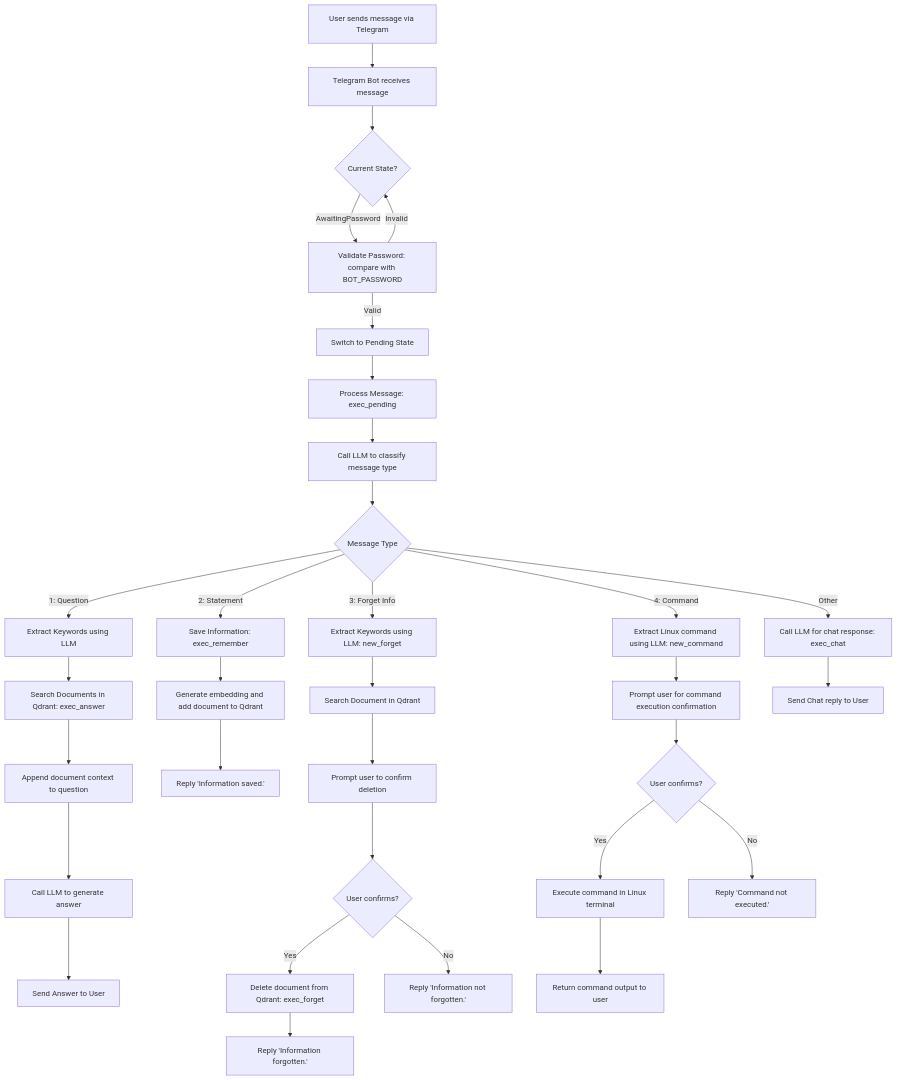
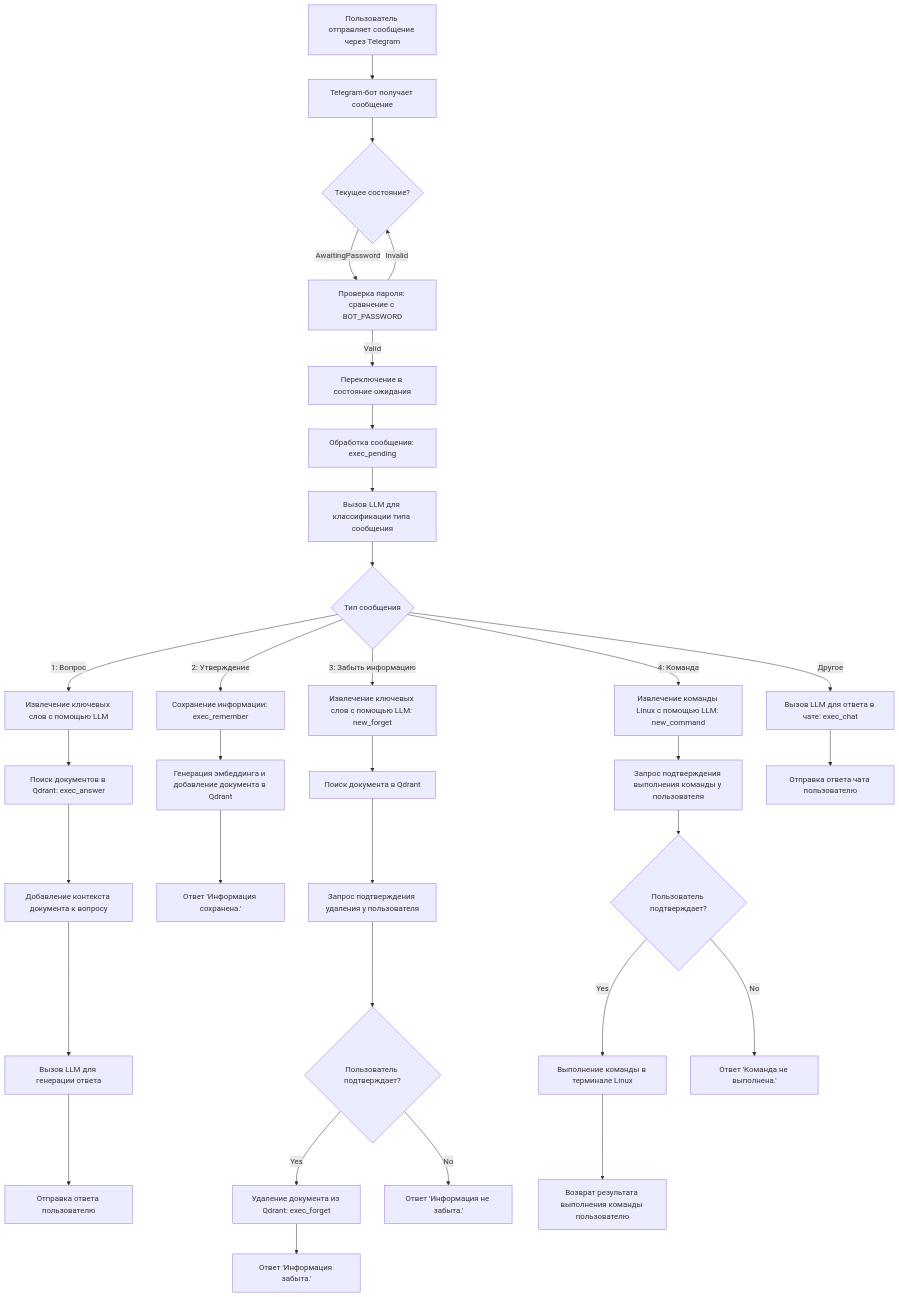
One commit to evgenyigumnov/ai-agent-telegram-bot changed the diagram in README.md. Above: the diagram before and after it, drawn with Mermaid. The commit also changed other lines of this file, not shown here.

````diff
--- a/README.md
+++ b/README.md
@@ -154,39 +152,39 @@
 ```mermaid
 flowchart TD
-    A[User sends message via Telegram] --> B[Telegram Bot receives message]
-    B --> C{Current State?}
-    C -- AwaitingPassword --> D[Validate Password: compare with BOT_PASSWORD]
-    D -- Valid --> E[Switch to Pending State]
+    A[Пользователь отправляет сообщение через Telegram] --> B[Telegram-бот получает сообщение]
+    B --> C{Текущее состояние?}
+    C -- AwaitingPassword --> D[Проверка пароля: сравнение с BOT_PASSWORD]
+    D -- Valid --> E[Переключение в состояние ожидания]
     D -- Invalid --> C
-    E --> F[Process Message: exec_pending]
-    F --> G[Call LLM to classify message type]
-    G --> H{Message Type}
+    E --> F[Обработка сообщения: exec_pending]
+    F --> G[Вызов LLM для классификации типа сообщения]
+    G --> H{Тип сообщения}
     
-    H -- "1: Question" --> I[Extract Keywords using LLM]
-    I --> J[Search Documents in Qdrant: exec_answer]
-    J --> K[Append document context to question]
-    K --> L[Call LLM to generate answer]
-    L --> M[Send Answer to User]
+    H -- "1: Вопрос" --> I[Извлечение ключевых слов с помощью LLM]
+    I --> J[Поиск документов в Qdrant: exec_answer]
+    J --> K[Добавление контекста документа к вопросу]
+    K --> L[Вызов LLM для генерации ответа]
+    L --> M[Отправка ответа пользователю]
     
-    H -- "2: Statement" --> N[Save Information: exec_remember]
-    N --> O[Generate embedding and add document to Qdrant]
-    O --> P[Reply 'Information saved.']
+    H -- "2: Утверждение" --> N[Сохранение информации: exec_remember]
+    N --> O[Генерация эмбеддинга и добавление документа в Qdrant]
+    O --> P[Ответ 'Информация сохранена.']
     
-    H -- "3: Forget Info" --> Q[Extract Keywords using LLM: new_forget]
-    Q --> R[Search Document in Qdrant]
-    R --> S[Prompt user to confirm deletion]
-    S --> T{User confirms?}
-    T -- Yes --> U[Delete document from Qdrant: exec_forget]
-    U --> V[Reply 'Information forgotten.']
-    T -- No --> W[Reply 'Information not forgotten.']
+    H -- "3: Забыть информацию" --> Q[Извлечение ключевых слов с помощью LLM: new_forget]
+    Q --> R[Поиск документа в Qdrant]
+    R --> S[Запрос подтверждения удаления у пользователя]
+    S --> T{Пользователь подтверждает?}
+    T -- Yes --> U[Удаление документа из Qdrant: exec_forget]
+    U --> V[Ответ 'Информация забыта.']
+    T -- No --> W[Ответ 'Информация не забыта.']
     
-    H -- "4: Command" --> X[Extract Linux command using LLM: new_command]
-    X --> Y[Prompt user for command execution confirmation]
-    Y --> Z{User confirms?}
-    Z -- Yes --> AA[Execute command in Linux terminal]
-    AA --> AB[Return command output to user]
-    Z -- No --> AC[Reply 'Command not executed.']
+    H -- "4: Команда" --> X[Извлечение команды Linux с помощью LLM: new_command]
+    X --> Y[Запрос подтверждения выполнения команды у пользователя]
+    Y --> Z{Пользователь подтверждает?}
+    Z -- Yes --> AA[Выполнение команды в терминале Linux]
+    AA --> AB[Возврат результата выполнения команды пользователю]
+    Z -- No --> AC[Ответ 'Команда не выполнена.']
     
-    H -- "Other" --> AD[Call LLM for chat response: exec_chat]
-    AD --> AE[Send Chat reply to User]
+    H -- "Другое" --> AD[Вызов LLM для ответа в чате: exec_chat]
+    AD --> AE[Отправка ответа чата пользователю]
 ```
````
